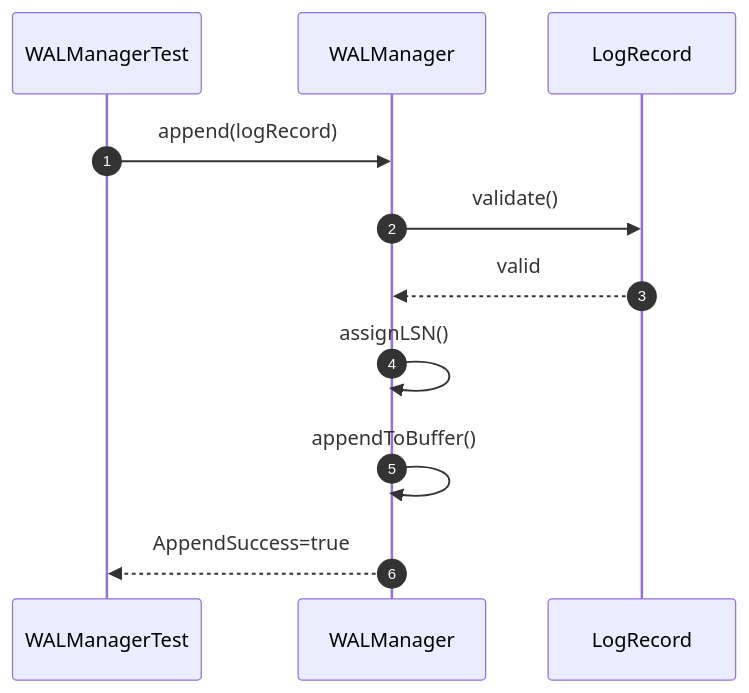
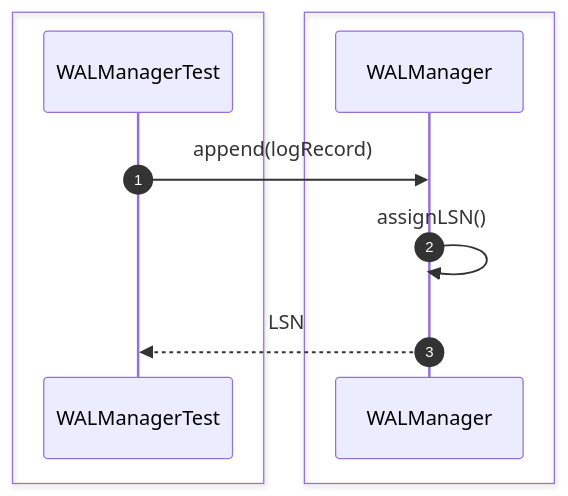
Before and after one commit to Huy1801214/dbms-architecture: the first of 28 diagrams in src/sequence/recovery.md, drawn with Mermaid. The commit also changed other lines of this file and 10 other files, not shown here.

Commit message:
add comprehensive sequence diagrams and documentation for system architecture and unit testing specifications

````diff
--- a/src/sequence/recovery.md
+++ b/src/sequence/recovery.md
@@ -6,19 +6,15 @@
-```mermaid 
+```mermaid
 sequenceDiagram
     autonumber
+
+    box #e1f5fe Test Suite
     participant Test as WALManagerTest
+    end
+    box #ffebee Recovery Components
     participant WAL as WALManager
-    participant Log as LogRecord
+    end
 
     Test->>WAL: append(logRecord)
-
-    WAL->>Log: validate()
-
-    Log-->>WAL: valid
-
     WAL->>WAL: assignLSN()
-
-    WAL->>WAL: appendToBuffer()
-
-    WAL-->>Test: AppendSuccess=true
+    WAL-->>Test: LSN
 ```
````
